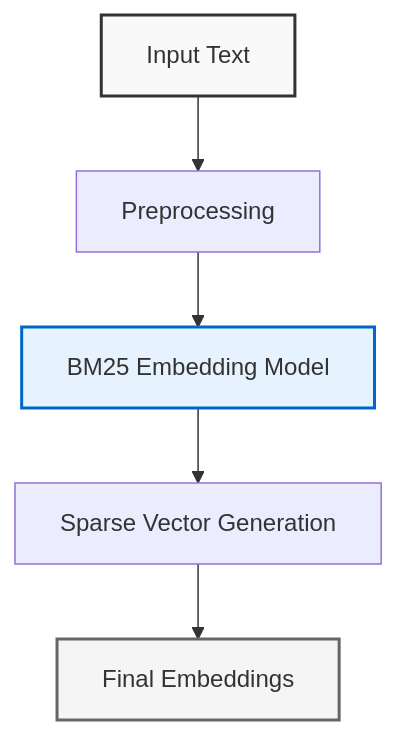
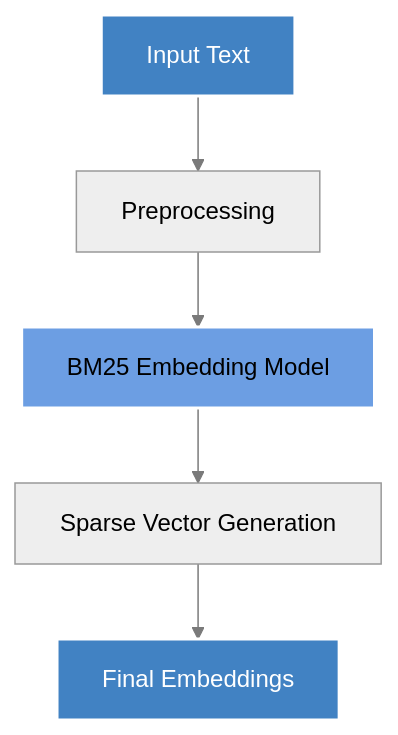
One commit to aurelio-labs/aurelio-sdk changed the first of 3 diagrams in docs/user-guide/embeddings.md. Above: the diagram before and after it, drawn with Mermaid. The commit also changed other lines of this file and 4 other files, not shown here.

Commit message:
fix: dark mode charts

````diff
--- a/docs/user-guide/embeddings.md
+++ b/docs/user-guide/embeddings.md
@@ -5,11 +5,12 @@
 ```mermaid
+%%{init: {'theme':'neutral', 'themeVariables': {'darkMode': true, 'primaryColor': '#4182c3', 'primaryTextColor': '#fff', 'primaryBorderColor': '#7a7a7a', 'lineColor': '#7a7a7a', 'secondaryColor': '#f5f5f5', 'tertiaryColor': '#333'}}}%%
 flowchart TB
     A[Input Text] --> B[Preprocessing]
     B --> C[BM25 Embedding Model]
     C --> D[Sparse Vector Generation]
     D --> E[Final Embeddings]
     
-    style A fill:#f9f9f9,stroke:#333,stroke-width:2px
-    style C fill:#e6f3ff,stroke:#0066cc,stroke-width:2px
-    style E fill:#f5f5f5,stroke:#666,stroke-width:2px
+    style A fill:#4182c3,stroke:#ffffff,stroke-width:2px,color:#ffffff
+    style C fill:#6c9ee3,stroke:#ffffff,stroke-width:2px
+    style E fill:#4182c3,stroke:#ffffff,stroke-width:2px,color:#ffffff
 ```
````
